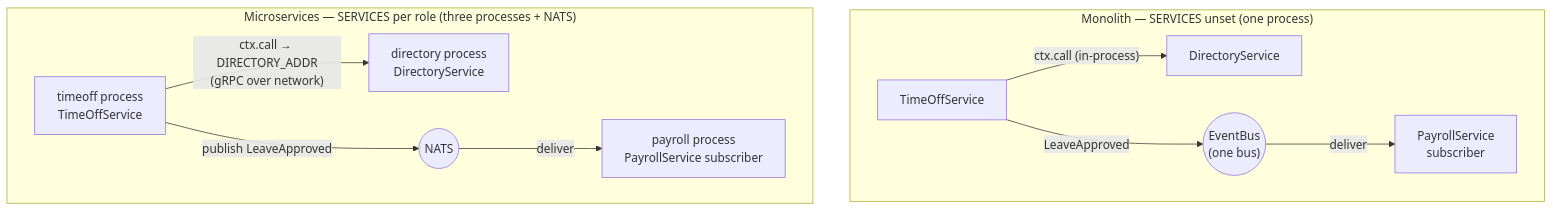
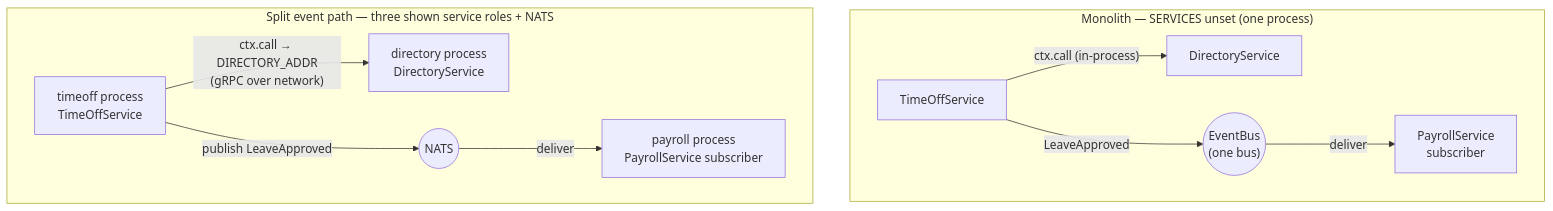
Before and after one commit to Connectum-Framework/examples: the diagram in hris/README.md, drawn with Mermaid. The commit also changed other lines of this file and 13 other files, not shown here.

````diff
--- a/hris/README.md
+++ b/hris/README.md
@@ -67,16 +67,16 @@
 ```mermaid
 flowchart TB
   subgraph MONO["Monolith — SERVICES unset (one process)"]
     direction LR
     M_TO["TimeOffService"] -- "ctx.call (in-process)" --> M_DIR["DirectoryService"]
     M_TO -- "LeaveApproved" --> M_BUS(("EventBus<br/>(one bus)"))
     M_BUS -- "deliver" --> M_PAY["PayrollService<br/>subscriber"]
   end
 
-  subgraph SPLIT["Microservices — SERVICES per role (three processes + NATS)"]
+  subgraph SPLIT["Split event path — three shown service roles + NATS"]
     direction LR
     S_TO["timeoff process<br/>TimeOffService"] -- "ctx.call → DIRECTORY_ADDR<br/>(gRPC over network)" --> S_DIR["directory process<br/>DirectoryService"]
     S_TO -- "publish LeaveApproved" --> NATS(("NATS"))
     NATS -- "deliver" --> S_PAY["payroll process<br/>PayrollService subscriber"]
   end
 ```
````
